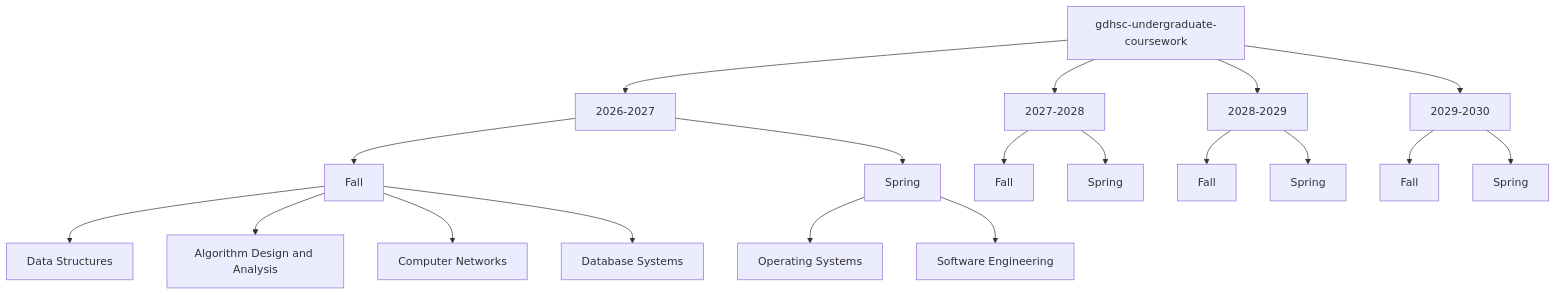
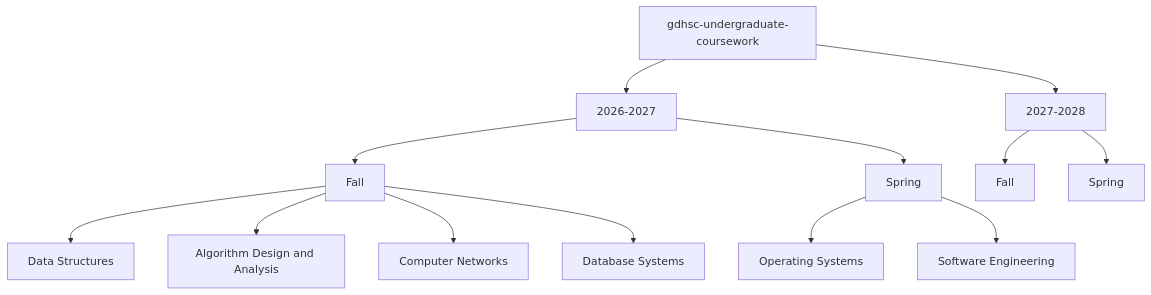
One commit to Siborne/GZHC-undergraduate-coursework changed the first of 4 diagrams in readme.md. Above: the diagram before and after it, drawn with Mermaid. The commit also changed other lines of this file and 71 other files, not shown here.

````diff
--- a/readme.md
+++ b/readme.md
@@ -33,29 +33,21 @@
 ```mermaid
 graph TD
     A[gdhsc-undergraduate-coursework]
 
     A --> B[2026-2027]
     A --> C[2027-2028]
-    A --> D[2028-2029]
-    A --> E[2029-2030]
 
     B --> B1[Fall]
     B --> B2[Spring]
 
     B1 --> B11[Data Structures]
     B1 --> B12[Algorithm Design and Analysis]
     B1 --> B13[Computer Networks]
     B1 --> B14[Database Systems]
 
     B2 --> B21[Operating Systems]
     B2 --> B22[Software Engineering]
 
     C --> C1[Fall]
     C --> C2[Spring]
-
-    D --> D1[Fall]
-    D --> D2[Spring]
-
-    E --> E1[Fall]
-    E --> E2[Spring]
 ```
````
